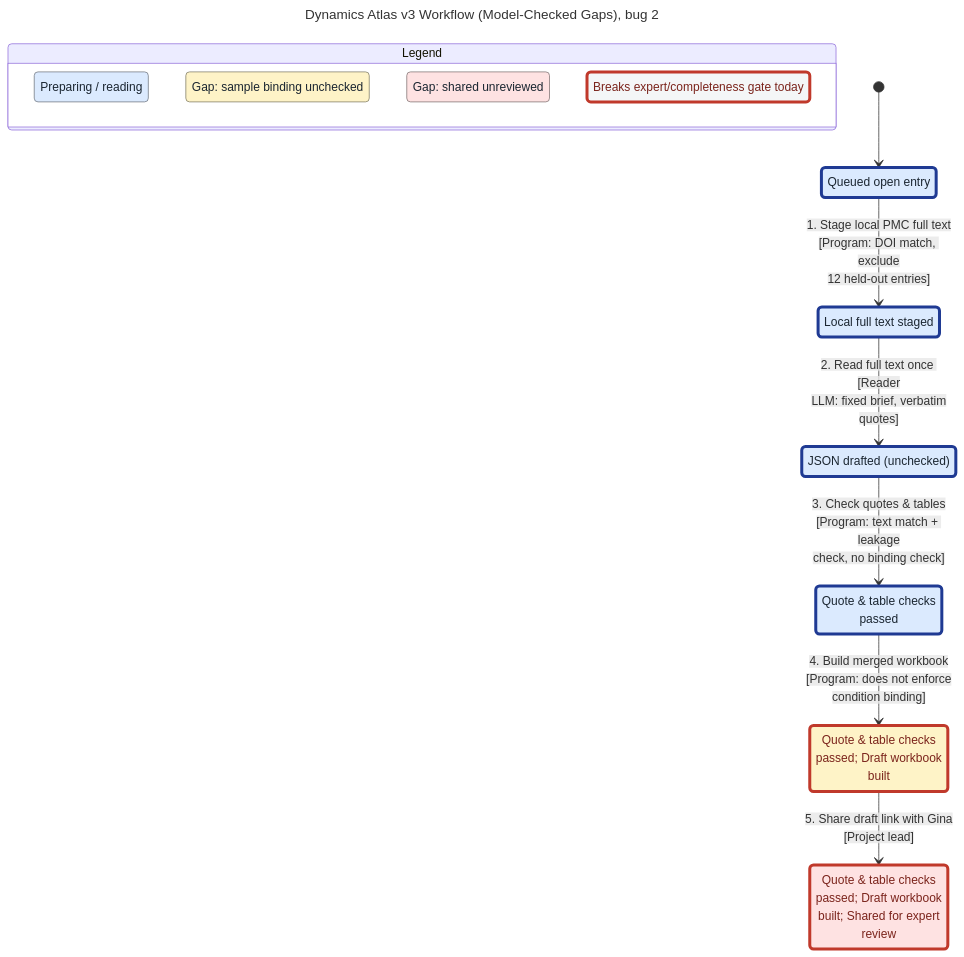
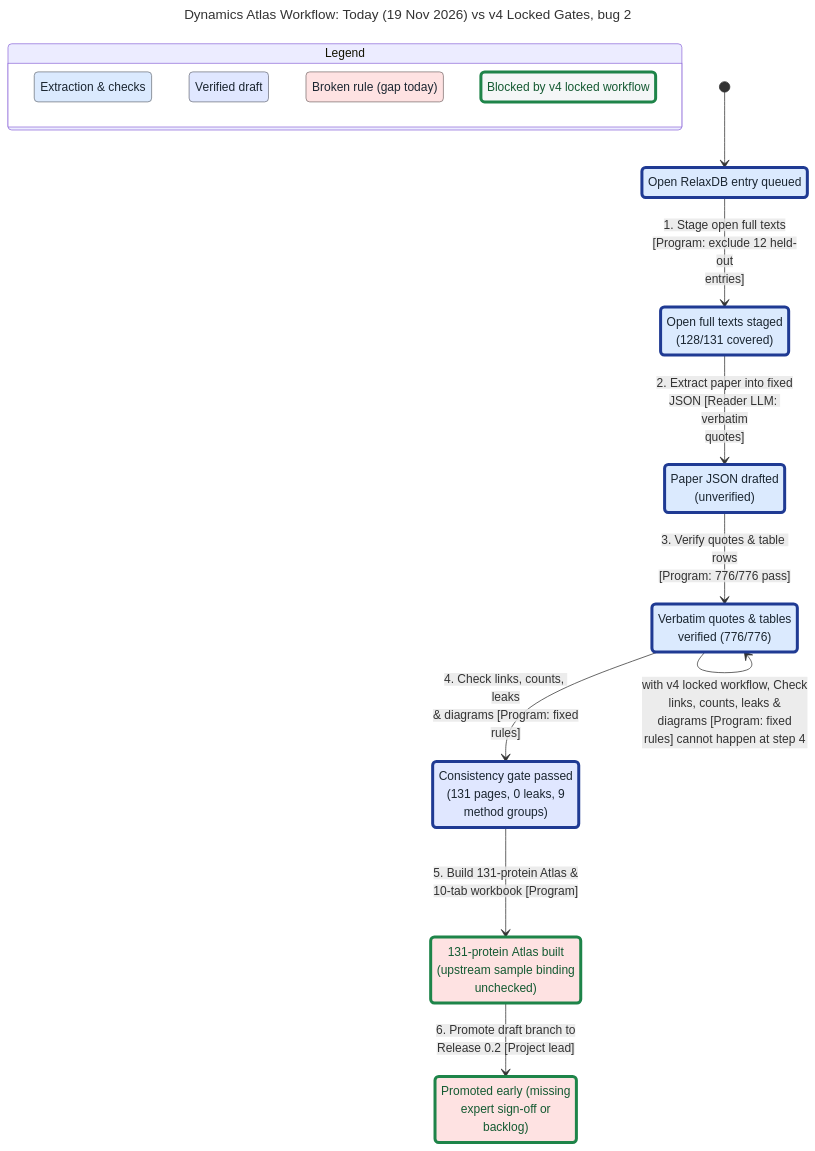
Before and after one commit to alex051107/dynamics-atlas-relaxdb: the diagram in methods/statechart/bug-2.mmd, drawn with Mermaid. The commit also changed 13 other files, not shown here.

Commit message:
Update TLC statechart model to compare 19 Nov workflow against v4 locked gates

```diff
--- a/methods/statechart/bug-2.mmd
+++ b/methods/statechart/bug-2.mmd
@@ -1,43 +1,48 @@
 ---
-title: "Dynamics Atlas v3 Workflow (Model-Checked Gaps), bug 2"
+title: "Dynamics Atlas Workflow: Today (19 Nov 2026) vs v4 Locked Gates, bug 2"
 config:
   markdownAutoWrap: false
   state:
     useMaxWidth: false
 ---
 stateDiagram-v2
-  classDef plainWrong fill:#f4f6f7,stroke:#c0392b,stroke-width:4px,color:#7b241c
+  %% second model (fix): v4 locked workflow
+  classDef plainFixed fill:#f4f6f7,stroke:#1e8449,stroke-width:4px,color:#145a32
   classDef group1 fill:#dbeafe,stroke:#6e757f,color:#1b2631
   classDef group1Path fill:#dbeafe,stroke:#1f3a93,stroke-width:4px,color:#1b2631
-  classDef group3 fill:#fef3c7,stroke:#7f7a64,color:#1b2631
-  classDef group3Wrong fill:#fef3c7,stroke:#c0392b,stroke-width:4px,color:#7b241c
-  classDef group4 fill:#fee2e2,stroke:#7f7171,color:#1b2631
-  classDef group4Wrong fill:#fee2e2,stroke:#c0392b,stroke-width:4px,color:#7b241c
+  classDef group2 fill:#e0e7ff,stroke:#707480,color:#1b2631
+  classDef group2Path fill:#e0e7ff,stroke:#1f3a93,stroke-width:4px,color:#1b2631
+  classDef group5 fill:#fee2e2,stroke:#7f7171,color:#1b2631
+  classDef group5Fixed fill:#fee2e2,stroke:#1e8449,stroke-width:4px,color:#145a32
   state "Legend" as legend {
-    state "Preparing / reading" as legendGroup1
-    state "Gap: sample binding unchecked" as legendGroup3
-    state "Gap: shared unreviewed" as legendGroup4
-    state "Breaks expert/completeness gate today" as legendWrong
+    state "Extraction & checks" as legendGroup1
+    state "Verified draft" as legendGroup2
+    state "Broken rule (gap today)" as legendGroup5
+    state "Blocked by v4 locked workflow" as legendFixed
   }
   class legendGroup1 group1
-  class legendGroup3 group3
-  class legendGroup4 group4
-  class legendWrong plainWrong
-  state "JSON drafted (unchecked)" as s0
-  state "Local full text staged" as s1
-  state "Queued open entry" as s2
-  state "Quote & table checks<br/>passed" as s3
-  state "Quote & table checks<br/>passed; Draft workbook<br/>built" as s4
-  state "Quote & table checks<br/>passed; Draft workbook<br/>built; Shared for expert<br/>review" as s5
+  class legendGroup2 group2
+  class legendGroup5 group5
+  class legendFixed plainFixed
+  state "131-protein Atlas built<br/>(upstream sample binding<br/>unchecked)" as s0
+  state "Consistency gate passed<br/>(131 pages, 0 leaks, 9<br/>method groups)" as s1
+  state "Open RelaxDB entry queued" as s2
+  state "Open full texts staged<br/>(128/131 covered)" as s3
+  state "Paper JSON drafted<br/>(unverified)" as s4
+  state "Promoted early (missing<br/>expert sign-off or<br/>backlog)" as s5
+  state "Verbatim quotes & tables<br/>verified (776/776)" as s6
   [*] --> s2
-  s2 --> s1 : 1. Stage local PMC full text<br/>[Program: DOI match, exclude<br/>12 held-out entries]
-  s1 --> s0 : 2. Read full text once [Reader<br/>LLM: fixed brief, verbatim<br/>quotes]
-  s0 --> s3 : 3. Check quotes & tables<br/>[Program: text match + leakage<br/>check, no binding check]
-  s3 --> s4 : 4. Build merged workbook<br/>[Program: does not enforce<br/>condition binding]
-  s4 --> s5 : 5. Share draft link with Gina<br/>[Project lead]
-  class s0 group1Path
-  class s1 group1Path
+  s2 --> s3 : 1. Stage open full texts<br/>[Program: exclude 12 held-out<br/>entries]
+  s3 --> s4 : 2. Extract paper into fixed<br/>JSON [Reader LLM: verbatim<br/>quotes]
+  s4 --> s6 : 3. Verify quotes & table rows<br/>[Program: 776/776 pass]
+  s6 --> s1 : 4. Check links, counts, leaks<br/>& diagrams [Program: fixed<br/>rules]
+  s1 --> s0 : 5. Build 131-protein Atlas &<br/>10-tab workbook [Program]
+  s0 --> s5 : 6. Promote draft branch to<br/>Release 0.2 [Project lead]
+  s6 --> s6 : with v4 locked workflow, Check<br/>links, counts, leaks &<br/>diagrams [Program: fixed<br/>rules] cannot happen at step 4
+  class s0 group5Fixed
+  class s1 group2Path
   class s2 group1Path
   class s3 group1Path
-  class s4 group3Wrong
-  class s5 group4Wrong
+  class s4 group1Path
+  class s5 group5Fixed
+  class s6 group1Path
```
